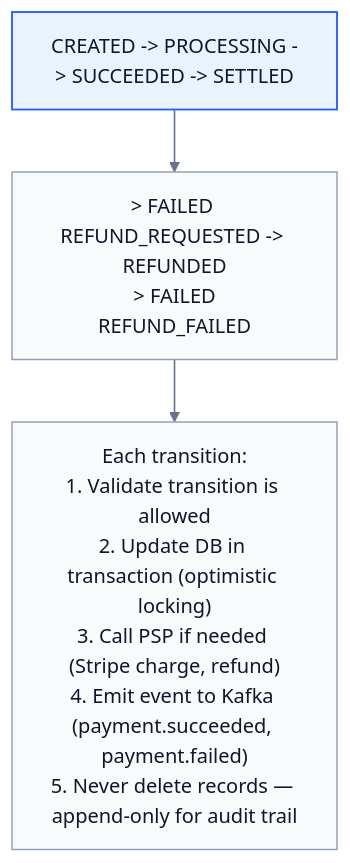
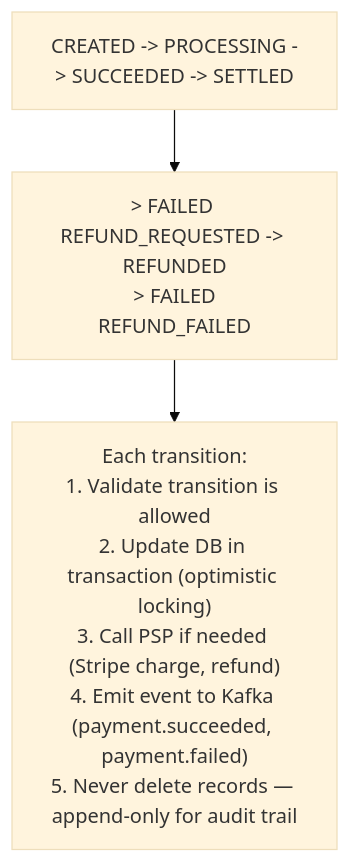
One commit to shivaram0583/system-design changed the second of 2 diagrams in 03-hld/18-payment-system.md. Above: the diagram before and after it, drawn with Mermaid (base theme). The commit also changed 64 other files, not shown here.

````diff
--- a/03-hld/18-payment-system.md
+++ b/03-hld/18-payment-system.md
@@ -51,14 +51,8 @@
 ```mermaid
 flowchart TB
-    classDef primary fill:#eaf2ff,stroke:#2563eb,stroke-width:1.5px,color:#0f172a;
-    classDef secondary fill:#f8fafc,stroke:#94a3b8,stroke-width:1.2px,color:#0f172a;
-    linkStyle default stroke:#64748b,stroke-width:1.3px;
     N0["CREATED -&gt; PROCESSING -&gt; SUCCEEDED -&gt; SETTLED"]
-    class N0 primary
     N1["&gt; FAILED REFUND_REQUESTED -&gt; REFUNDED<br/>&gt; FAILED<br/>REFUND_FAILED"]
-    class N1 secondary
     N2["Each transition:<br/>1. Validate transition is allowed<br/>2. Update DB in transaction (optimistic locking)<br/>3. Call PSP if needed (Stripe charge, refund)<br/>4. Emit event to Kafka (payment.succeeded, payment.failed)<br/>5. Never delete records — append-only for audit trail"]
-    class N2 secondary
     N0 --> N1
     N1 --> N2
 ```
````
